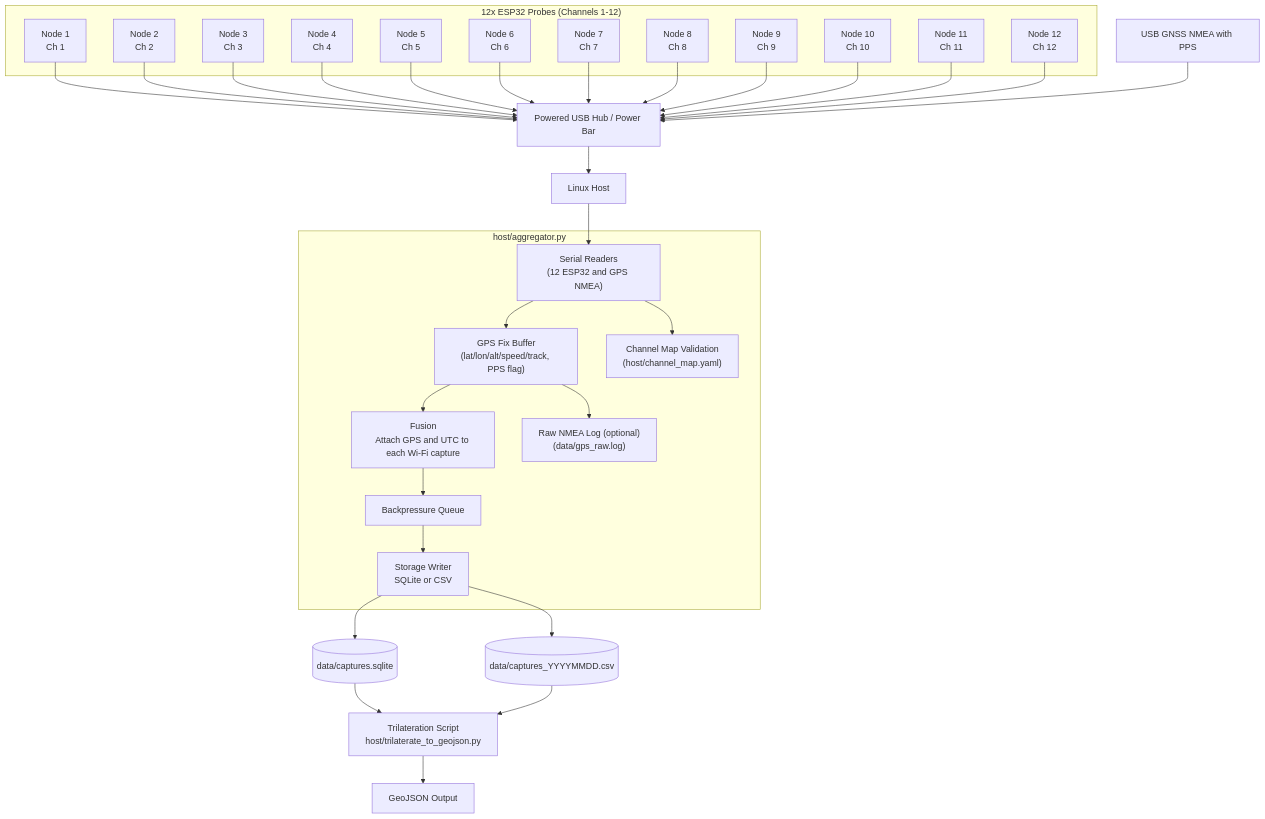
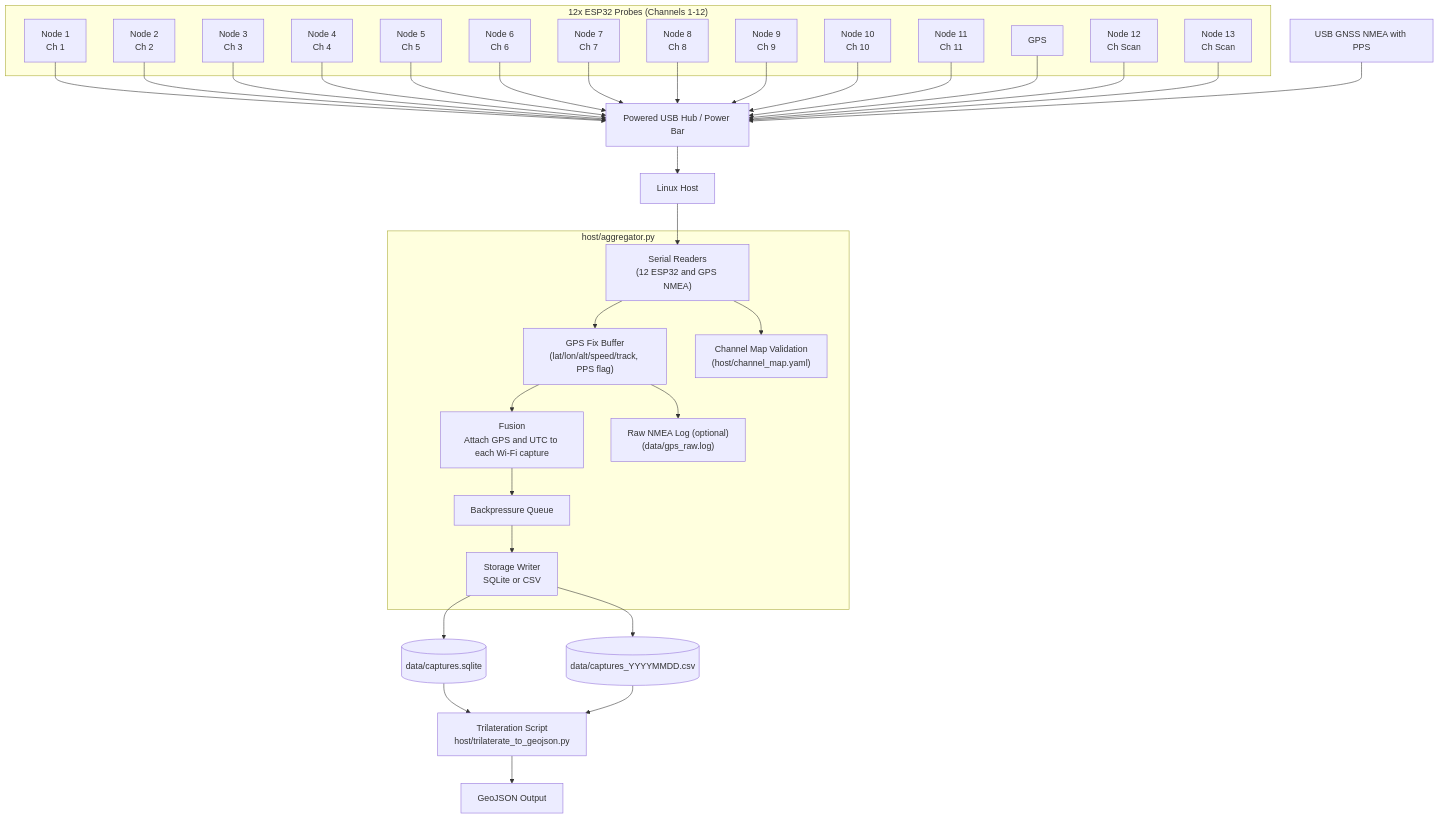
Before and after one commit to sbejarano/WiFi_Promiscuous: the first of 2 diagrams in Readme.md, drawn with Mermaid. The commit also changed other lines of this file, not shown here.

````diff
--- a/Readme.md
+++ b/Readme.md
@@ -42,67 +42,71 @@
 ```mermaid
 flowchart TB
     %% --- Probes ---
     subgraph ESP32_Probes["12x ESP32 Probes (Channels 1-12)"]
         P1["Node 1<br/>Ch 1"]
         P2["Node 2<br/>Ch 2"]
         P3["Node 3<br/>Ch 3"]
         P4["Node 4<br/>Ch 4"]
         P5["Node 5<br/>Ch 5"]
         P6["Node 6<br/>Ch 6"]
         P7["Node 7<br/>Ch 7"]
         P8["Node 8<br/>Ch 8"]
         P9["Node 9<br/>Ch 9"]
         P10["Node 10<br/>Ch 10"]
         P11["Node 11<br/>Ch 11"]
-        P12["Node 12<br/>Ch 12"]
+        P12["GPS"]
+        P13["Node 12<br/>Ch Scan"]
+        P14["Node 13<br/>Ch Scan"]
     end
 
     HUB[Powered USB Hub / Power Bar]
     HOST[Linux Host]
     G["USB GNSS NMEA with PPS"]
 
     P1 --> HUB
     P2 --> HUB
     P3 --> HUB
     P4 --> HUB
     P5 --> HUB
     P6 --> HUB
     P7 --> HUB
     P8 --> HUB
     P9 --> HUB
     P10 --> HUB
     P11 --> HUB
     P12 --> HUB
+    P13 --> HUB
+    P14--> HUB
     HUB --> HOST
     G --> HUB
 
     %% --- Aggregator internals ---
     subgraph Aggregator["host/aggregator.py"]
         S1["Serial Readers<br/>(12 ESP32 and GPS NMEA)"]
         S2["GPS Fix Buffer<br/>(lat/lon/alt/speed/track, PPS flag)"]
         S3["Fusion<br/>Attach GPS and UTC to each Wi-Fi capture"]
         S4["Backpressure Queue"]
         S5["Storage Writer<br/>SQLite or CSV"]
         S6["Raw NMEA Log (optional)<br/>(data/gps_raw.log)"]
         S7["Channel Map Validation<br/>(host/channel_map.yaml)"]
     end
 
     HOST --> S1
     S1 --> S2
     S2 --> S3
     S3 --> S4
     S4 --> S5
     S2 --> S6
     S1 --> S7
 
     DB[(data/captures.sqlite)]
     CSV[(data/captures_YYYYMMDD.csv)]
     T[Trilateration Script<br/>host/trilaterate_to_geojson.py]
     GEO[GeoJSON Output]
 
     S5 --> DB
     S5 --> CSV
     DB --> T
     CSV --> T
     T --> GEO
 ```
````
